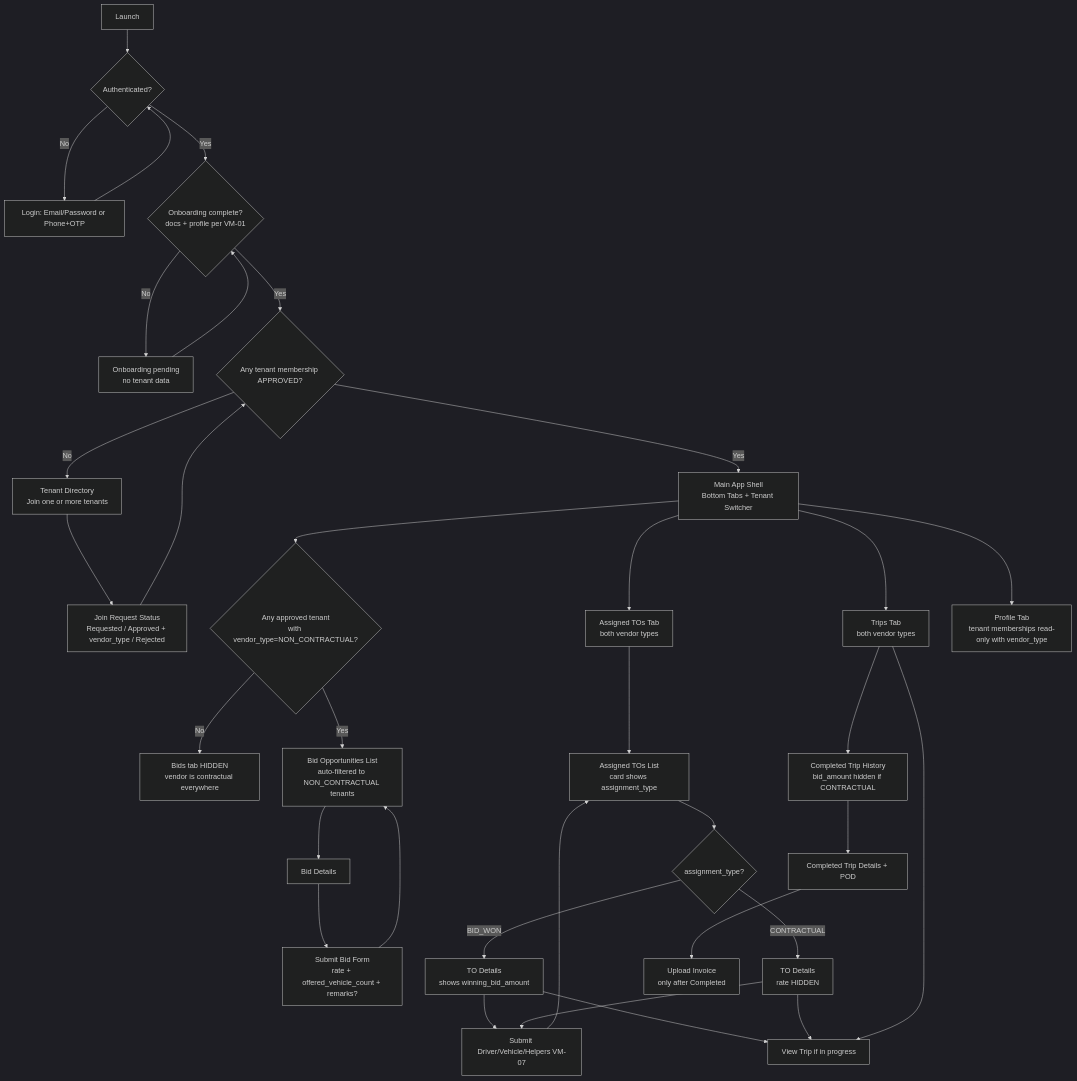
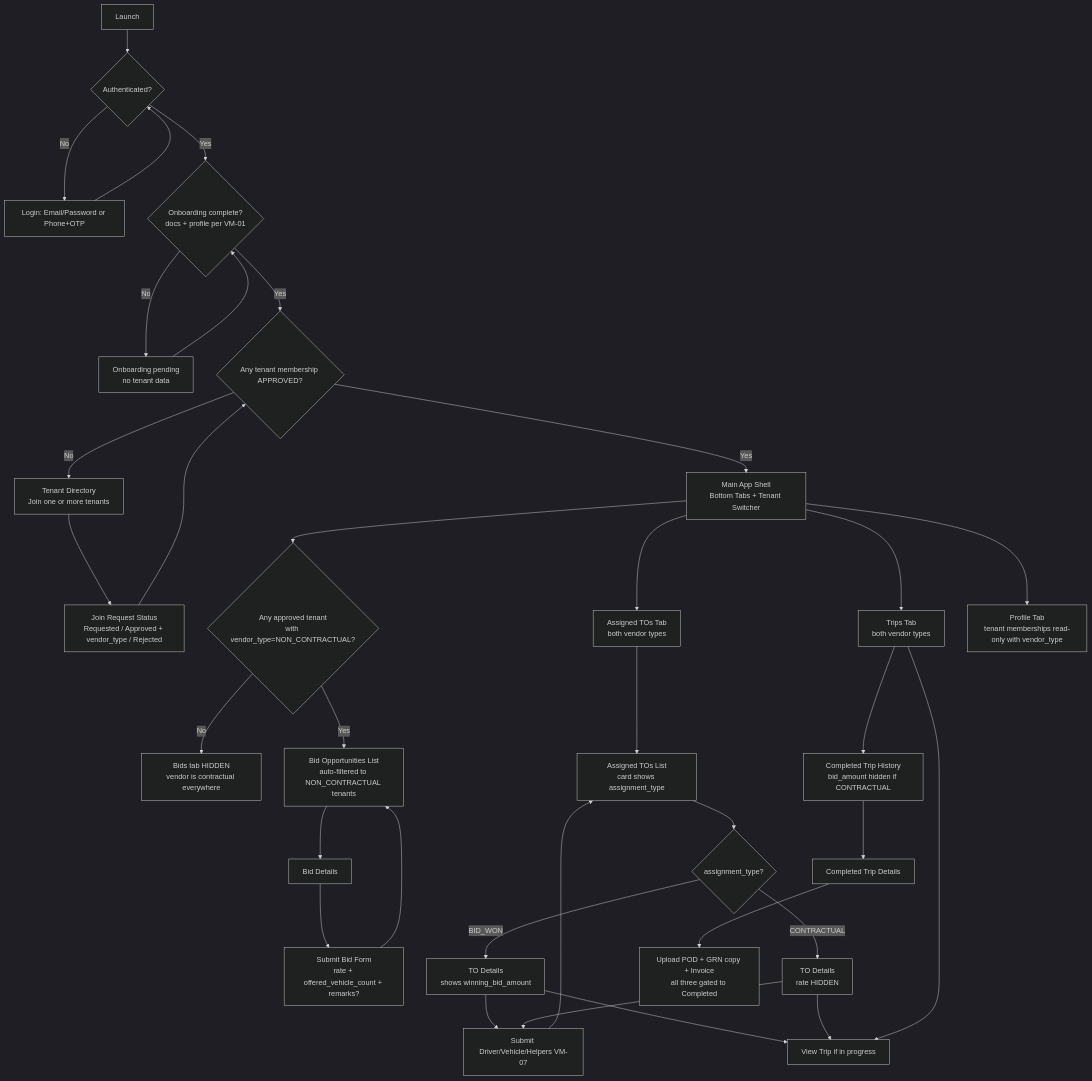
Before and after one commit to sbu-europe/dfms-naming-campaign: the first of 3 diagrams in 05-modules/09-mobile-apps/vendor-mobile/00-navigation-and-information-architecture.md, drawn with Mermaid (dark theme). The commit also changed other lines of this file and 8 other files, not shown here.

````diff
--- a/05-modules/09-mobile-apps/vendor-mobile/00-navigation-and-information-architecture.md
+++ b/05-modules/09-mobile-apps/vendor-mobile/00-navigation-and-information-architecture.md
@@ -165,43 +167,43 @@
 ```mermaid
 flowchart TD
   A[Launch] --> B{Authenticated?}
   B -- No --> L[Login: Email/Password or Phone+OTP]
   L --> B
 
   B -- Yes --> V{Onboarding complete?<br/>docs + profile per VM-01}
   V -- No --> VP[Onboarding pending<br/>no tenant data]
   VP --> V
 
   V -- Yes --> T{Any tenant membership APPROVED?}
   T -- No --> TDY[Tenant Directory<br/>Join one or more tenants]
   TDY --> TRQ[Join Request Status<br/>Requested / Approved + vendor_type / Rejected]
   TRQ --> T
 
   T -- Yes --> H[Main App Shell<br/>Bottom Tabs + Tenant Switcher]
 
   H --> BIDS{Any approved tenant<br/>with vendor_type=NON_CONTRACTUAL?}
   BIDS -- No --> HIDE_BIDS[Bids tab HIDDEN<br/>vendor is contractual everywhere]
   BIDS -- Yes --> BL[Bid Opportunities List<br/>auto-filtered to NON_CONTRACTUAL tenants]
   BL --> BD[Bid Details]
   BD --> BS[Submit Bid Form<br/>rate + offered_vehicle_count + remarks?]
   BS --> BL
 
   H --> ATO[Assigned TOs Tab<br/>both vendor types]
   ATO --> AL[Assigned TOs List<br/>card shows assignment_type]
   AL --> AD{assignment_type?}
   AD -- BID_WON --> ADV1[TO Details<br/>shows winning_bid_amount]
   AD -- CONTRACTUAL --> ADV2[TO Details<br/>rate HIDDEN]
   ADV1 --> PAA[Submit Driver/Vehicle/Helpers VM-07]
   ADV2 --> PAA
   PAA --> AL
   ADV1 --> AT[View Trip if in progress]
   ADV2 --> AT
 
   H --> TR[Trips Tab<br/>both vendor types]
   TR --> AT
   TR --> CH[Completed Trip History<br/>bid_amount hidden if CONTRACTUAL]
-  CH --> CTD[Completed Trip Details + POD]
-  CTD --> INV[Upload Invoice<br/>only after Completed]
+  CH --> CTD[Completed Trip Details]
+  CTD --> UP[Upload POD + GRN copy + Invoice<br/>all three gated to Completed]
 
   H --> PR[Profile Tab<br/>tenant memberships read-only with vendor_type]
 ```
````
